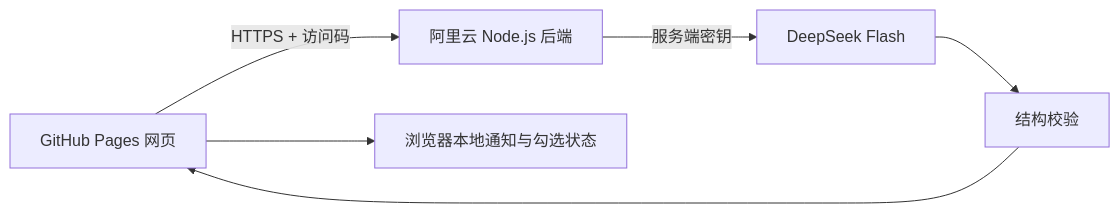
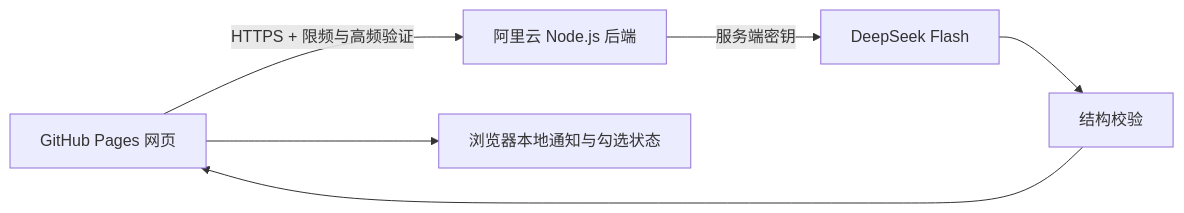
One commit to Kemou2333/campus-inbox changed the diagram in README.md. Above: the diagram before and after it, drawn with Mermaid. The commit also changed other lines of this file and 26 other files, not shown here.

````diff
--- a/README.md
+++ b/README.md
@@ -32,8 +35,8 @@
 ```mermaid
 flowchart LR
-  A[GitHub Pages 网页] -->|HTTPS + 访问码| B[阿里云 Node.js 后端]
+  A[GitHub Pages 网页] -->|HTTPS + 限频与高频验证| B[阿里云 Node.js 后端]
   B -->|服务端密钥| C[DeepSeek Flash]
   C --> D[结构校验]
   D --> A
   A --> E[浏览器本地通知与勾选状态]
 ```
````
